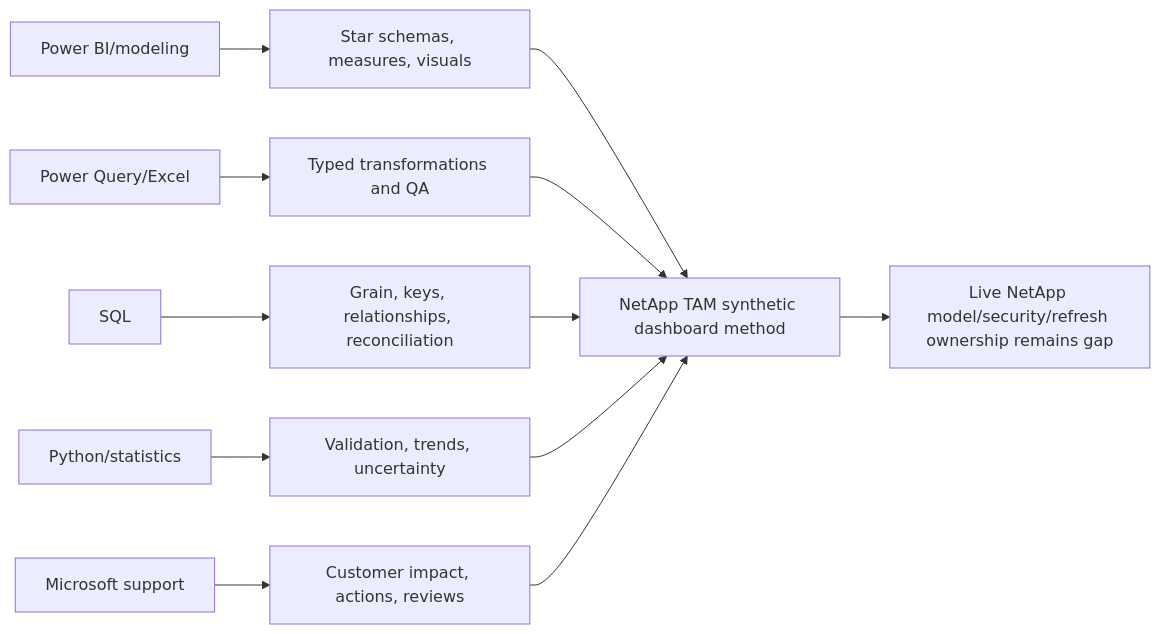
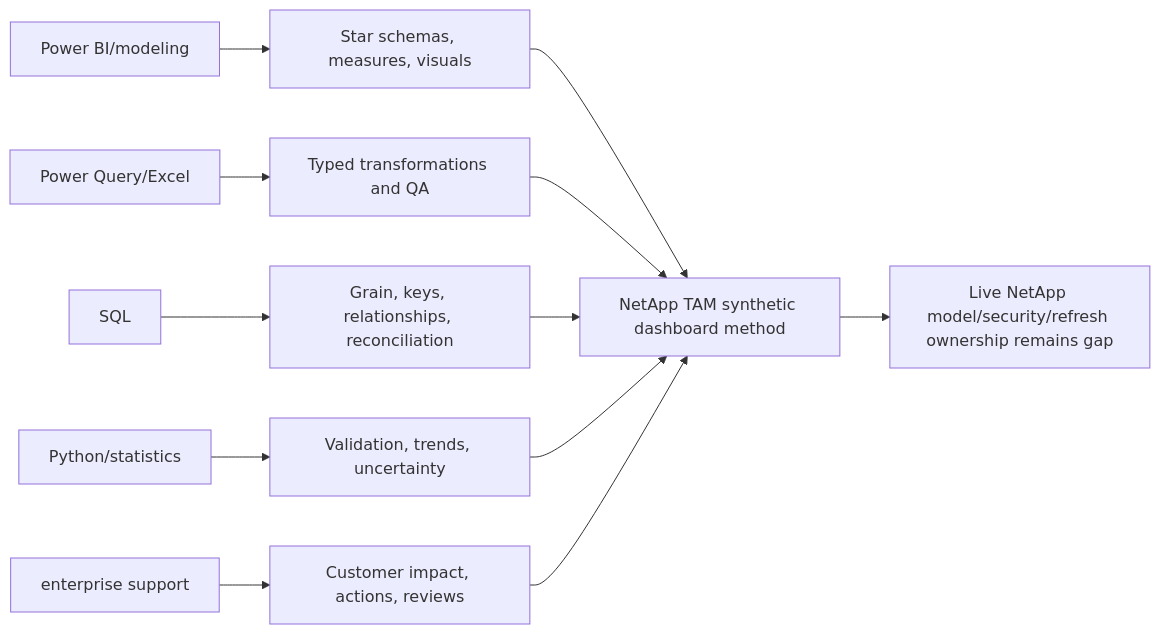
One commit to hichauhan-in/Interview-Prep changed diagram 38 of 39 in NetApp TAM/prep/Part-60-power-bi-dashboards-kpis.md. Above: the diagram before and after it, drawn with Mermaid. The commit also changed other lines of this file and 493 other files, not shown here.

````diff
--- a/NetApp TAM/prep/Part-60-power-bi-dashboards-kpis.md
+++ b/NetApp TAM/prep/Part-60-power-bi-dashboards-kpis.md
@@ -1396,14 +1396,14 @@
 ```mermaid
 flowchart LR
     PBI[Power BI/modeling] --> STAR[Star schemas, measures, visuals]
     PQ[Power Query/Excel] --> CLEAN[Typed transformations and QA]
     SQL[SQL] --> REL[Grain, keys, relationships, reconciliation]
     PY[Python/statistics] --> TEST[Validation, trends, uncertainty]
-    MS[Microsoft support] --> STORY[Customer impact, actions, reviews]
+    MS[enterprise support] --> STORY[Customer impact, actions, reviews]
     STAR --> METHOD[NetApp TAM synthetic dashboard method]
     CLEAN --> METHOD
     REL --> METHOD
     TEST --> METHOD
     STORY --> METHOD
     METHOD --> GAP[Live NetApp model/security/refresh ownership remains gap]
 ```
````
